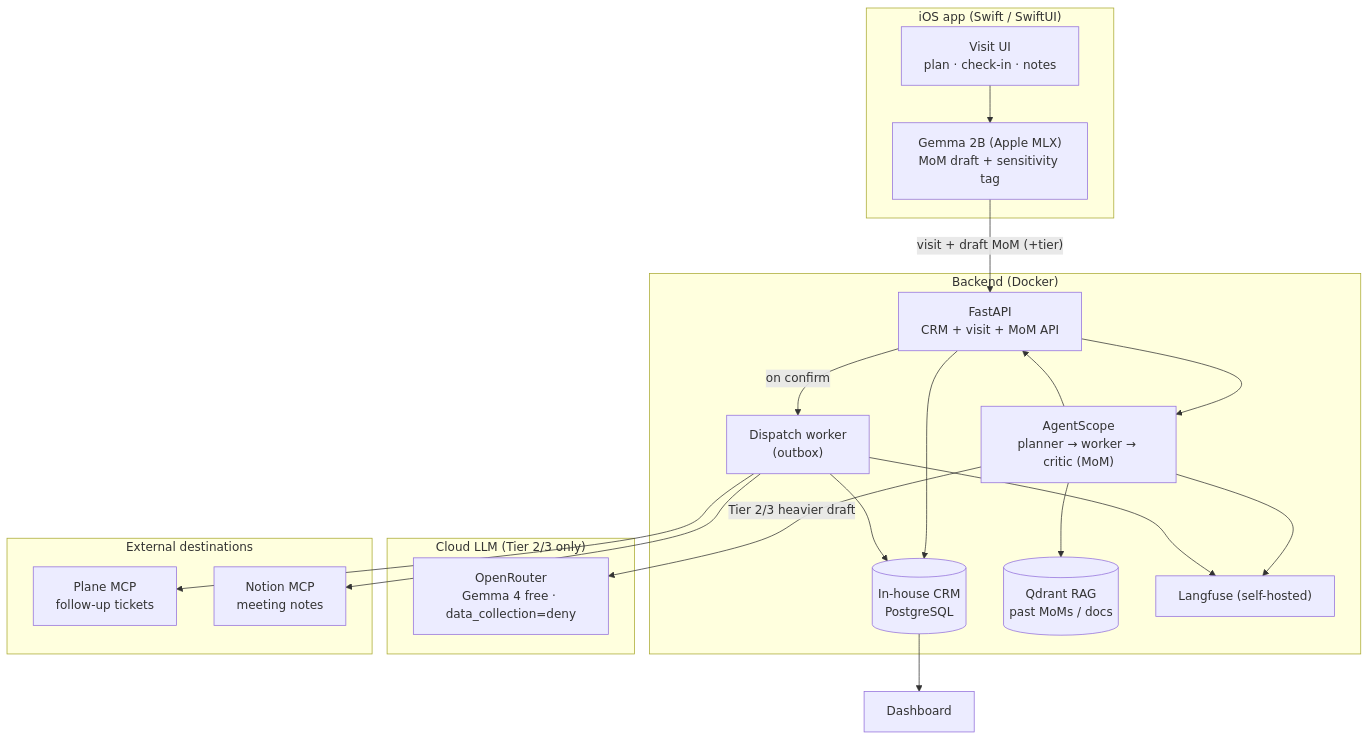
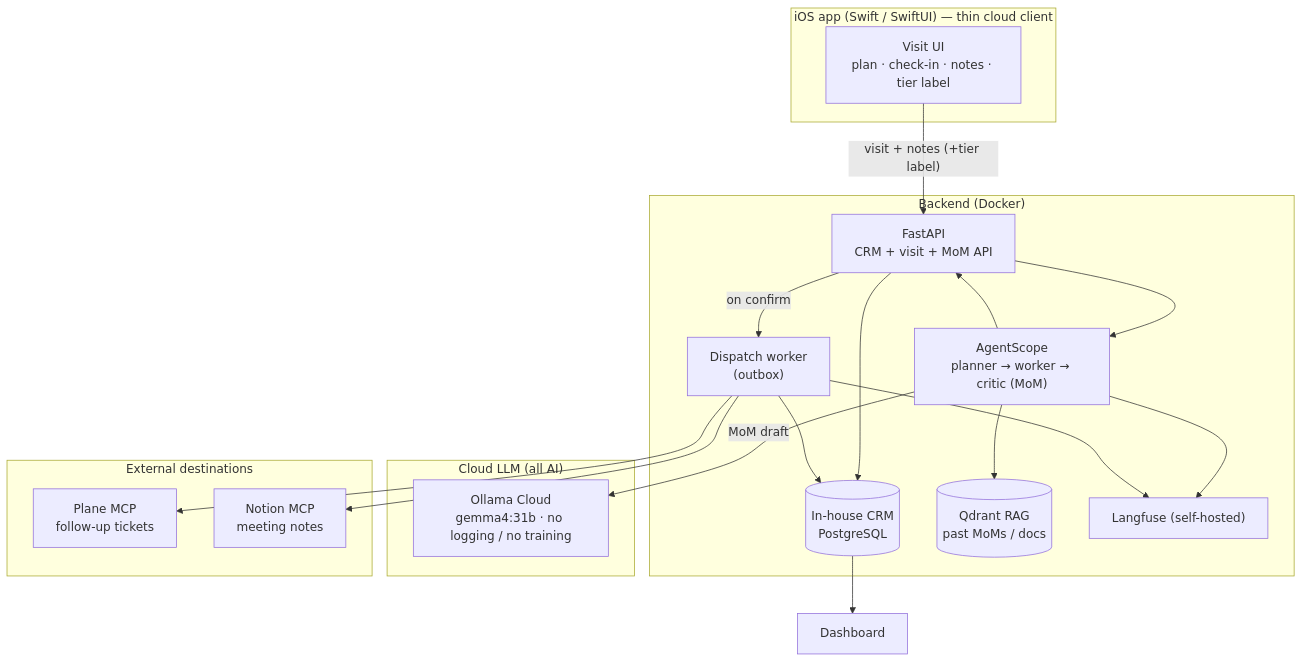
Before and after one commit to ThomasHeinThura/one-assistant: the first of 4 diagrams in docs/04-architecture.md, drawn with Mermaid. The commit also changed other lines of this file and 34 other files, not shown here.

First line of the commit message:
Switch AI to Ollama Cloud only; remove all on-device/SLM paths

````diff
--- a/docs/04-architecture.md
+++ b/docs/04-architecture.md
@@ -7,40 +7,38 @@
 ```mermaid
 flowchart TD
-  subgraph Phone["iOS app (Swift / SwiftUI)"]
-    VIS["Visit UI<br/>plan · check-in · notes"]
-    GEMMA["Gemma 2B (Apple MLX)<br/>MoM draft + sensitivity tag"]
-    VIS --> GEMMA
+  subgraph Phone["iOS app (Swift / SwiftUI) — thin cloud client"]
+    VIS["Visit UI<br/>plan · check-in · notes · tier label"]
   end
 
   subgraph Backend["Backend (Docker)"]
     API["FastAPI<br/>CRM + visit + MoM API"]
     CRM[("In-house CRM<br/>PostgreSQL")]
     ORCH["AgentScope<br/>planner → worker → critic (MoM)"]
     DISP["Dispatch worker<br/>(outbox)"]
     QD[("Qdrant RAG<br/>past MoMs / docs")]
     LF["Langfuse (self-hosted)"]
   end
 
-  subgraph Cloud["Cloud LLM (Tier 2/3 only)"]
-    OR["OpenRouter<br/>Gemma 4 free · data_collection=deny"]
+  subgraph Cloud["Cloud LLM (all AI)"]
+    OR["Ollama Cloud<br/>gemma4:31b · no logging / no training"]
   end
 
   subgraph Ext["External destinations"]
     PMCP["Plane MCP<br/>follow-up tickets"]
     NMCP["Notion MCP<br/>meeting notes"]
   end
 
-  GEMMA -->|"visit + draft MoM (+tier)"| API
+  VIS -->|"visit + notes (+tier label)"| API
   API --> CRM
   API --> ORCH
   ORCH --> QD
-  ORCH -->|Tier 2/3 heavier draft| OR
+  ORCH -->|MoM draft| OR
   ORCH --> API
   API -->|on confirm| DISP
   DISP --> CRM
   DISP --> PMCP
   DISP --> NMCP
   ORCH --> LF
   DISP --> LF
   CRM --> DASH["Dashboard"]
 ```
````
